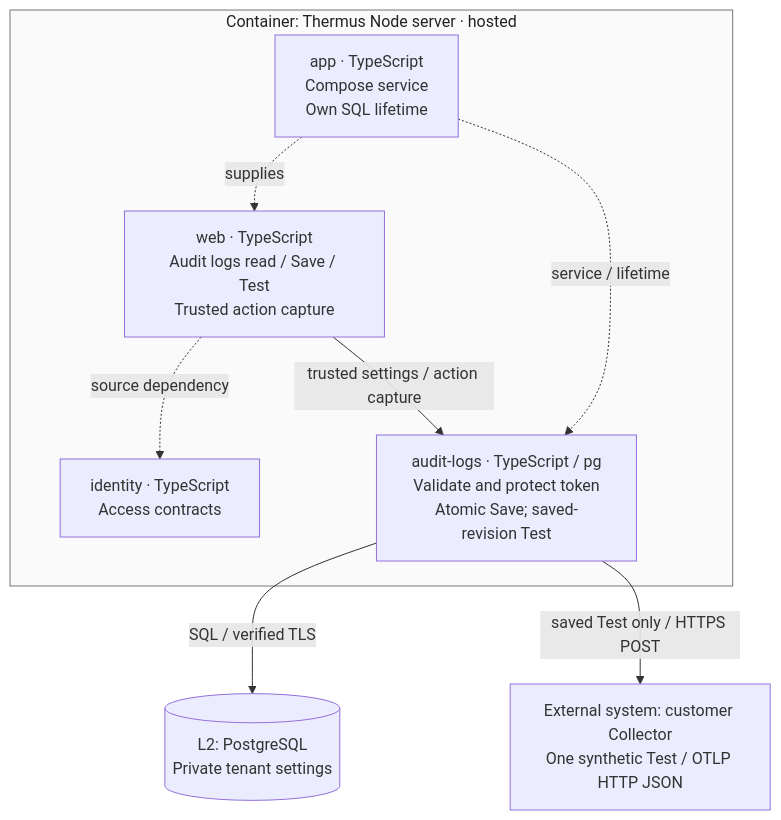
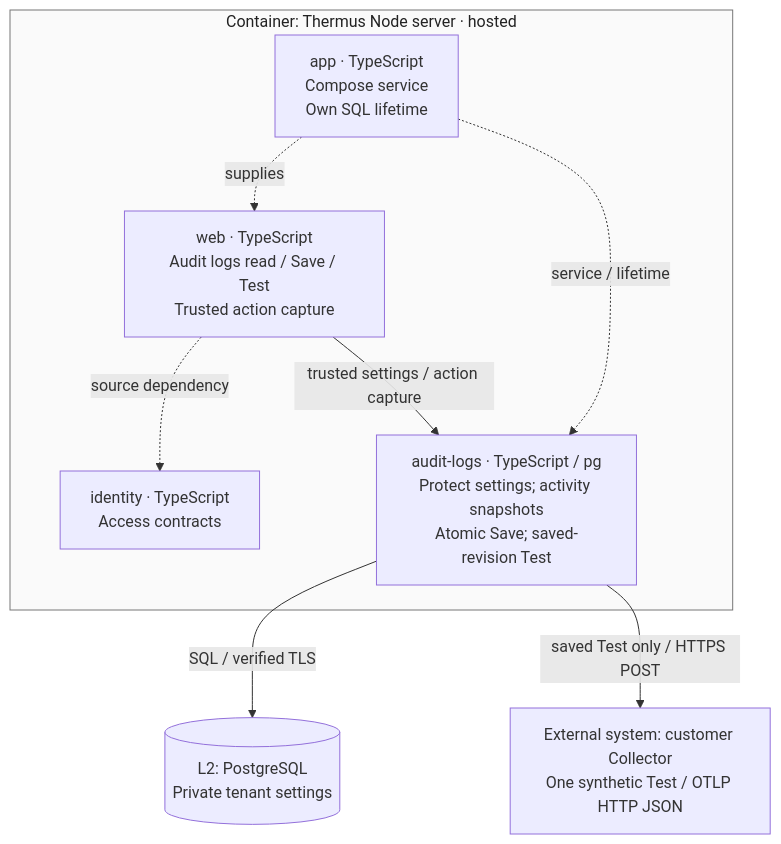
One commit to tomer-mayara/Thermus changed the sixth of 13 diagrams in architecture/components.md. Above: the diagram before and after it, drawn with Mermaid. The commit also changed other lines of this file and 19 other files, not shown here.

Commit message:
feat(audit): load bounded destination snapshots on activity

````diff
--- a/architecture/components.md
+++ b/architecture/components.md
@@ -248,18 +248,18 @@
 ```mermaid
 flowchart TB
   subgraph storage_server["Container: Thermus Node server · hosted"]
     storage_app["app · TypeScript<br/>Compose service<br/>Own SQL lifetime"]
     storage_web["web · TypeScript<br/>Audit logs read / Save / Test<br/>Trusted action capture"]
     storage_identity["identity · TypeScript<br/>Access contracts"]
-    storage_logging["audit-logs · TypeScript / pg<br/>Validate and protect token<br/>Atomic Save; saved-revision Test"]
+    storage_logging["audit-logs · TypeScript / pg<br/>Protect settings; activity snapshots<br/>Atomic Save; saved-revision Test"]
   end
   storage_data[("L2: PostgreSQL<br/>Private tenant settings")]
   storage_collector["External system: customer Collector<br/>One synthetic Test / OTLP HTTP JSON"]
   storage_app -.->|supplies| storage_web
   storage_app -.->|service / lifetime| storage_logging
   storage_web -.->|source dependency| storage_identity
   storage_web -->|trusted settings / action capture| storage_logging
   storage_logging -->|SQL / verified TLS| storage_data
   storage_logging -->|saved Test only / HTTPS POST| storage_collector
   style storage_server fill:#fafafa,stroke:#777777,color:#222
 ```
````
